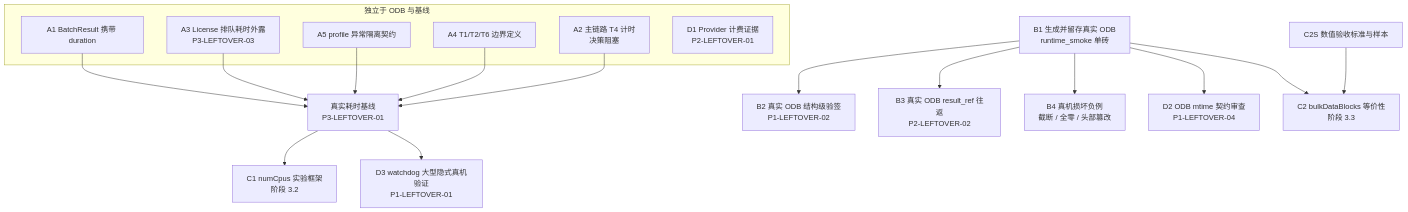
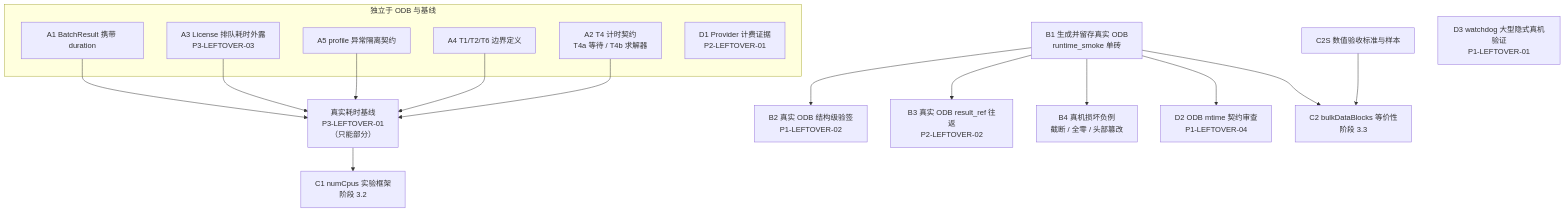
The diagram in docs/cross-phase-task-graph.md (chenlei-gh/Abaqus-AI-Agent), drawn with Mermaid before and after one commit. The commit also changed other lines of this file and 2 other files, not shown here.

````diff
--- a/docs/cross-phase-task-graph.md
+++ b/docs/cross-phase-task-graph.md
@@ -47,49 +47,48 @@
 ```mermaid
 graph TD
     B1["B1 生成并留存真实 ODB<br/>runtime_smoke 单砖"]
 
     B2["B2 真实 ODB 结构级验签<br/>P1-LEFTOVER-02"]
     B3["B3 真实 ODB result_ref 往返<br/>P2-LEFTOVER-02"]
     B4["B4 真机损坏负例<br/>截断 / 全零 / 头部篡改"]
     D2["D2 ODB mtime 契约审查<br/>P1-LEFTOVER-04"]
 
     A1["A1 BatchResult 携带 duration"]
     A3["A3 License 排队耗时外露<br/>P3-LEFTOVER-03"]
     A5["A5 profile 异常隔离契约"]
     A4["A4 T1/T2/T6 边界定义"]
-    A2["A2 主链路 T4 计时<br/>决策阻塞"]
+    A2["A2 T4 计时契约<br/>T4a 等待 / T4b 求解器"]
 
-    BASE["真实耗时基线<br/>P3-LEFTOVER-01"]
+    BASE["真实耗时基线<br/>P3-LEFTOVER-01<br/>（只能部分）"]
 
     C1["C1 numCpus 实验框架<br/>阶段 3.2"]
     C2["C2 bulkDataBlocks 等价性<br/>阶段 3.3"]
     C2S["C2S 数值验收标准与样本"]
 
     D3["D3 watchdog 大型隐式真机验证<br/>P1-LEFTOVER-01"]
     D1["D1 Provider 计费证据<br/>P2-LEFTOVER-01"]
 
     B1 --> B2
     B1 --> B3
     B1 --> B4
     B1 --> D2
     C2S --> C2
     B1 --> C2
 
     A1 --> BASE
     A3 --> BASE
     A5 --> BASE
     A4 --> BASE
     A2 --> BASE
 
     BASE --> C1
-    BASE --> D3
 
     subgraph 独立于 ODB 与基线
         A1
         A3
         A5
         A4
         D1
         A2
     end
 ```
````
